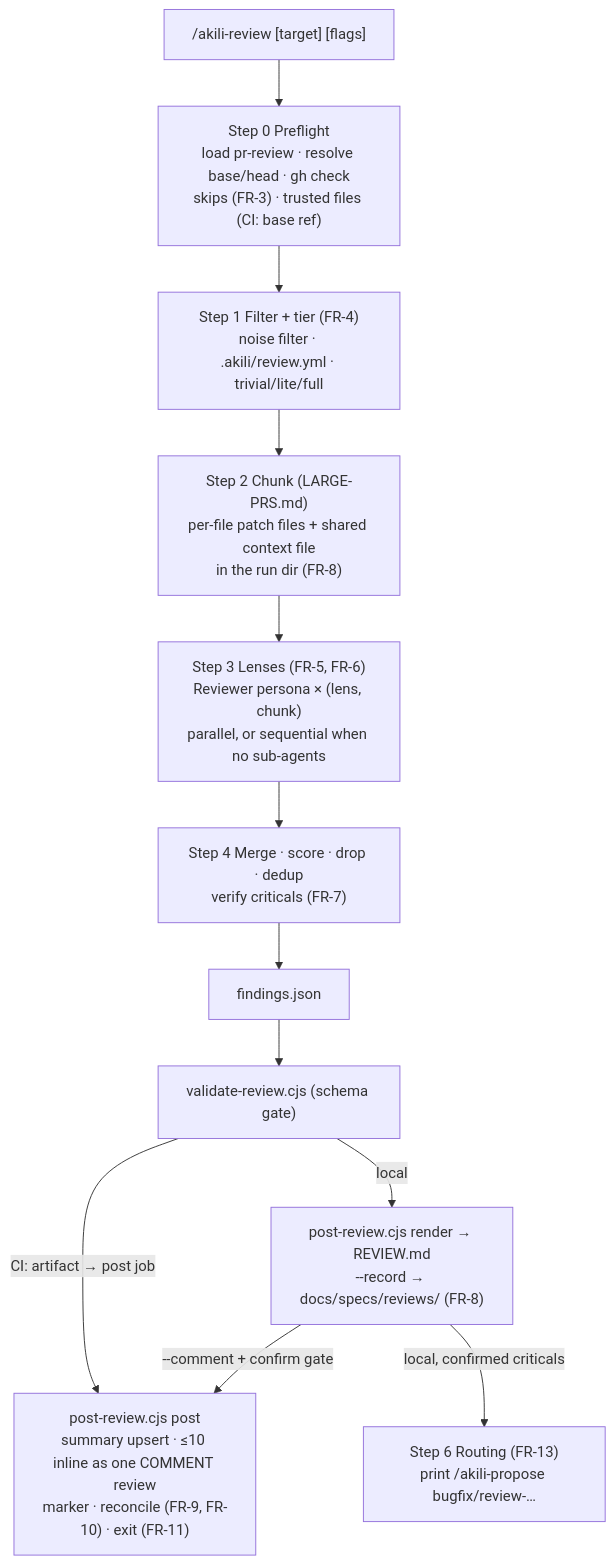
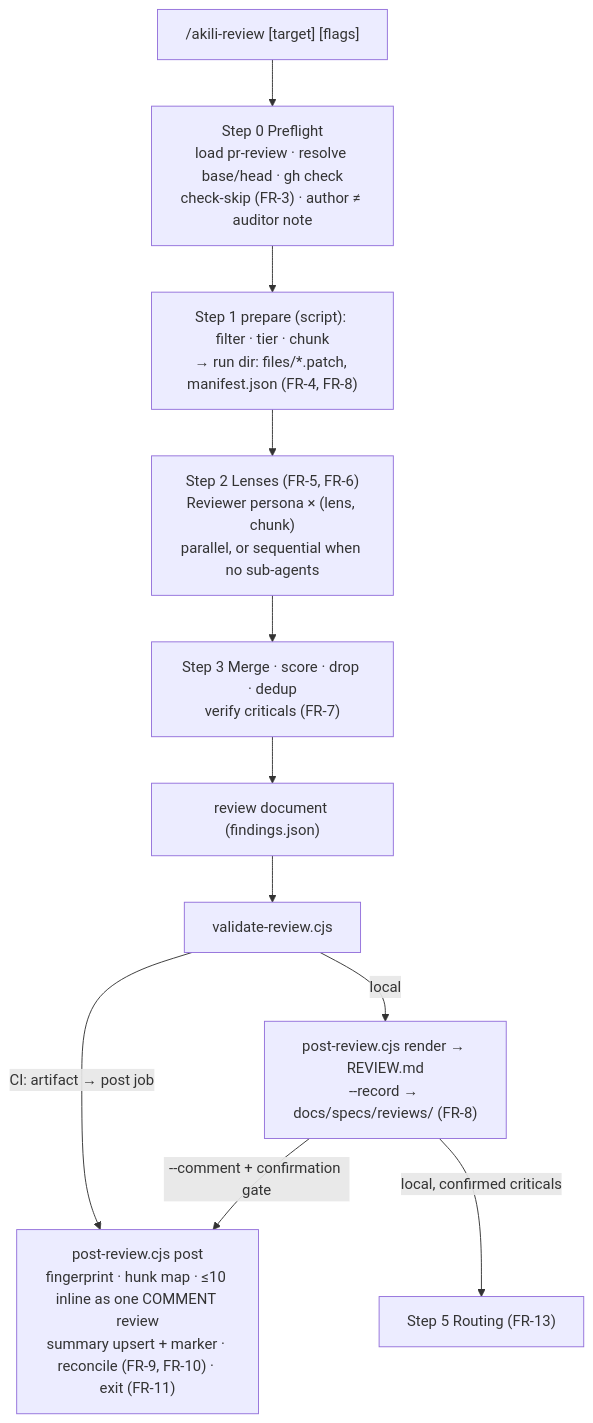
Before and after one commit to JuankCadavid/akili-specs: the first of 2 diagrams in docs/specs/changes/akili-review/design.md, drawn with Mermaid. The commit also changed other lines of this file and 1 other file, not shown here.

Commit message:
[SPEC:changes/akili-review] judgment-day round-1 correction (W-1..W-5): base-SHA agent, no-checkout post job, script-owned skip/fingerprint/reconcile, strict schema, counts

````diff
--- a/docs/specs/changes/akili-review/design.md
+++ b/docs/specs/changes/akili-review/design.md
@@ -32,14 +48,13 @@
 ```mermaid
 flowchart TD
-  U["/akili-review [target] [flags]"] --> P0["Step 0 Preflight<br/>load pr-review · resolve base/head · gh check<br/>skips (FR-3) · trusted files (CI: base ref)"]
-  P0 --> F["Step 1 Filter + tier (FR-4)<br/>noise filter · .akili/review.yml · trivial/lite/full"]
-  F --> C["Step 2 Chunk (LARGE-PRS.md)<br/>per-file patch files + shared context file<br/>in the run dir (FR-8)"]
-  C --> L["Step 3 Lenses (FR-5, FR-6)<br/>Reviewer persona × (lens, chunk)<br/>parallel, or sequential when no sub-agents"]
-  L --> V["Step 4 Merge · score · drop · dedup<br/>verify criticals (FR-7)"]
-  V --> J["findings.json"]
-  J --> VAL["validate-review.cjs (schema gate)"]
+  U["/akili-review [target] [flags]"] --> P0["Step 0 Preflight<br/>load pr-review · resolve base/head · gh check<br/>check-skip (FR-3) · author ≠ auditor note"]
+  P0 --> F["Step 1 prepare (script): filter · tier · chunk<br/>→ run dir: files/*.patch, manifest.json (FR-4, FR-8)"]
+  F --> L["Step 2 Lenses (FR-5, FR-6)<br/>Reviewer persona × (lens, chunk)<br/>parallel, or sequential when no sub-agents"]
+  L --> V["Step 3 Merge · score · drop · dedup<br/>verify criticals (FR-7)"]
+  V --> J["review document (findings.json)"]
+  J --> VAL["validate-review.cjs"]
   VAL -->|local| R["post-review.cjs render → REVIEW.md<br/>--record → docs/specs/reviews/ (FR-8)"]
-  R -->|--comment + confirm gate| PO
-  VAL -->|CI: artifact → post job| PO["post-review.cjs post<br/>summary upsert · ≤10 inline as one COMMENT review<br/>marker · reconcile (FR-9, FR-10) · exit (FR-11)"]
-  R -->|local, confirmed criticals| RT["Step 6 Routing (FR-13)<br/>print /akili-propose bugfix/review-…"]
+  R -->|--comment + confirmation gate| PO
+  VAL -->|CI: artifact → post job| PO["post-review.cjs post<br/>fingerprint · hunk map · ≤10 inline as one COMMENT review<br/>summary upsert + marker · reconcile (FR-9, FR-10) · exit (FR-11)"]
+  R -->|local, confirmed criticals| RT["Step 5 Routing (FR-13)"]
 ```
````
